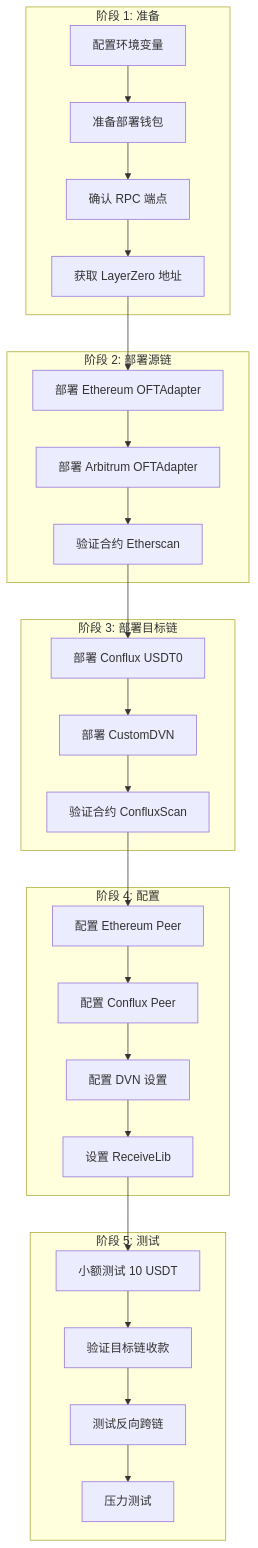
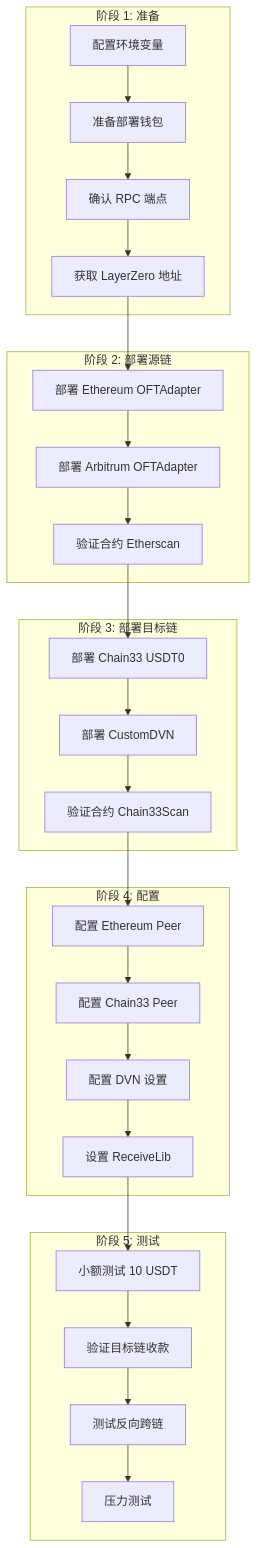
The second of 2 diagrams in LayerZero_跨链部署方案/02_智能合约部署.md (vipwzw/blockchain-doc), drawn with Mermaid before and after one commit. The commit also changed other lines of this file and 9 other files, not shown here.

First line of the commit message:
refactor(LayerZero): 将 Conflux/CFX 替换为 Chain33/Coin33

````diff
--- a/LayerZero_跨链部署方案/02_智能合约部署.md
+++ b/LayerZero_跨链部署方案/02_智能合约部署.md
@@ -389,45 +389,45 @@
 ```mermaid
 flowchart TD
     subgraph Phase1["阶段 1: 准备"]
         A1[配置环境变量]
         A2[准备部署钱包]
         A3[确认 RPC 端点]
         A4[获取 LayerZero 地址]
     end
 
     subgraph Phase2["阶段 2: 部署源链"]
         B1[部署 Ethereum OFTAdapter]
         B2[部署 Arbitrum OFTAdapter]
         B3[验证合约 Etherscan]
     end
 
     subgraph Phase3["阶段 3: 部署目标链"]
-        C1[部署 Conflux USDT0]
+        C1[部署 Chain33 USDT0]
         C2[部署 CustomDVN]
-        C3[验证合约 ConfluxScan]
+        C3[验证合约 Chain33Scan]
     end
 
     subgraph Phase4["阶段 4: 配置"]
         D1[配置 Ethereum Peer]
-        D2[配置 Conflux Peer]
+        D2[配置 Chain33 Peer]
         D3[配置 DVN 设置]
         D4[设置 ReceiveLib]
     end
 
     subgraph Phase5["阶段 5: 测试"]
         E1[小额测试 10 USDT]
         E2[验证目标链收款]
         E3[测试反向跨链]
         E4[压力测试]
     end
 
     A1 --> A2 --> A3 --> A4
     A4 --> B1
     B1 --> B2 --> B3
     B3 --> C1
     C1 --> C2 --> C3
     C3 --> D1
     D1 --> D2 --> D3 --> D4
     D4 --> E1
     E1 --> E2 --> E3 --> E4
 ```
````
